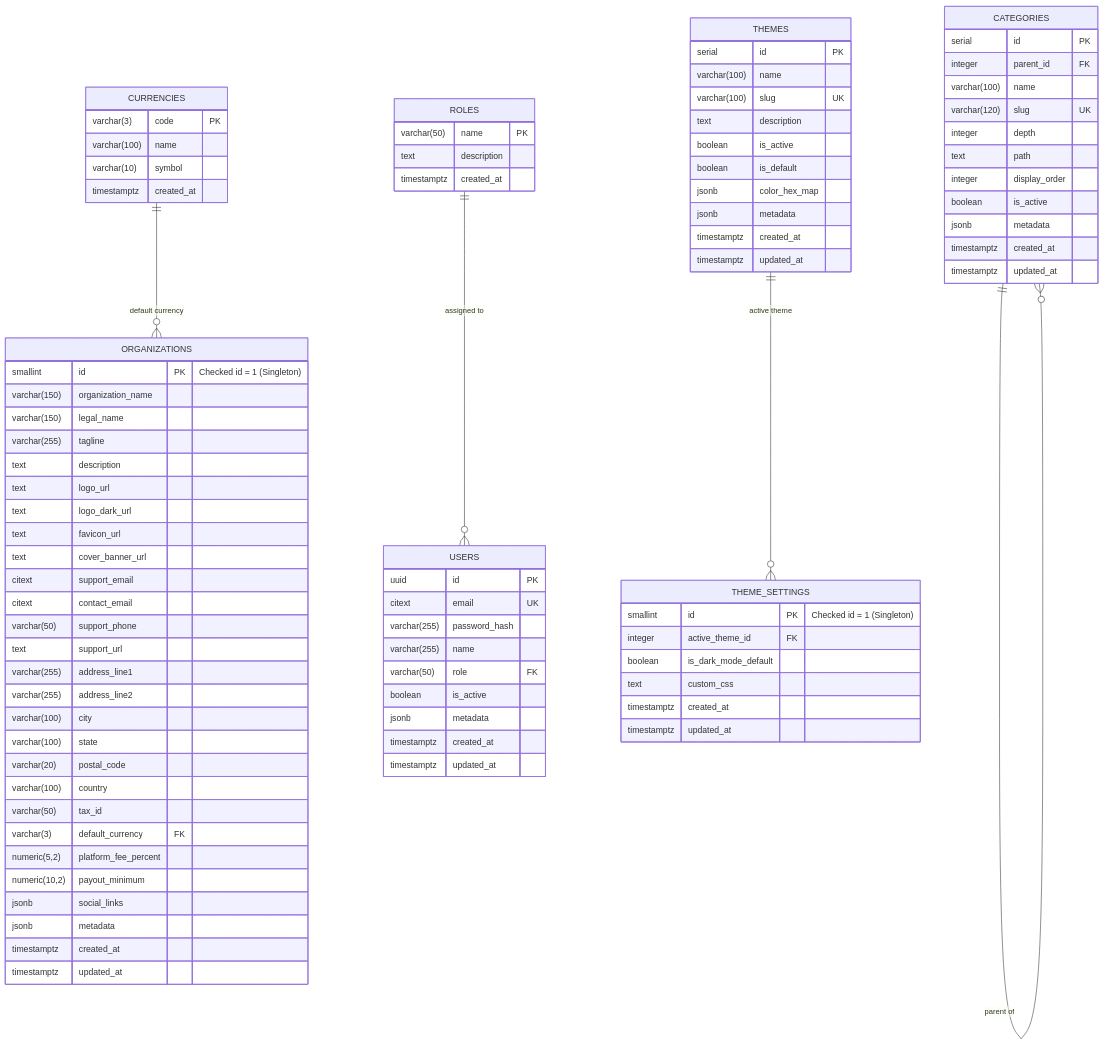
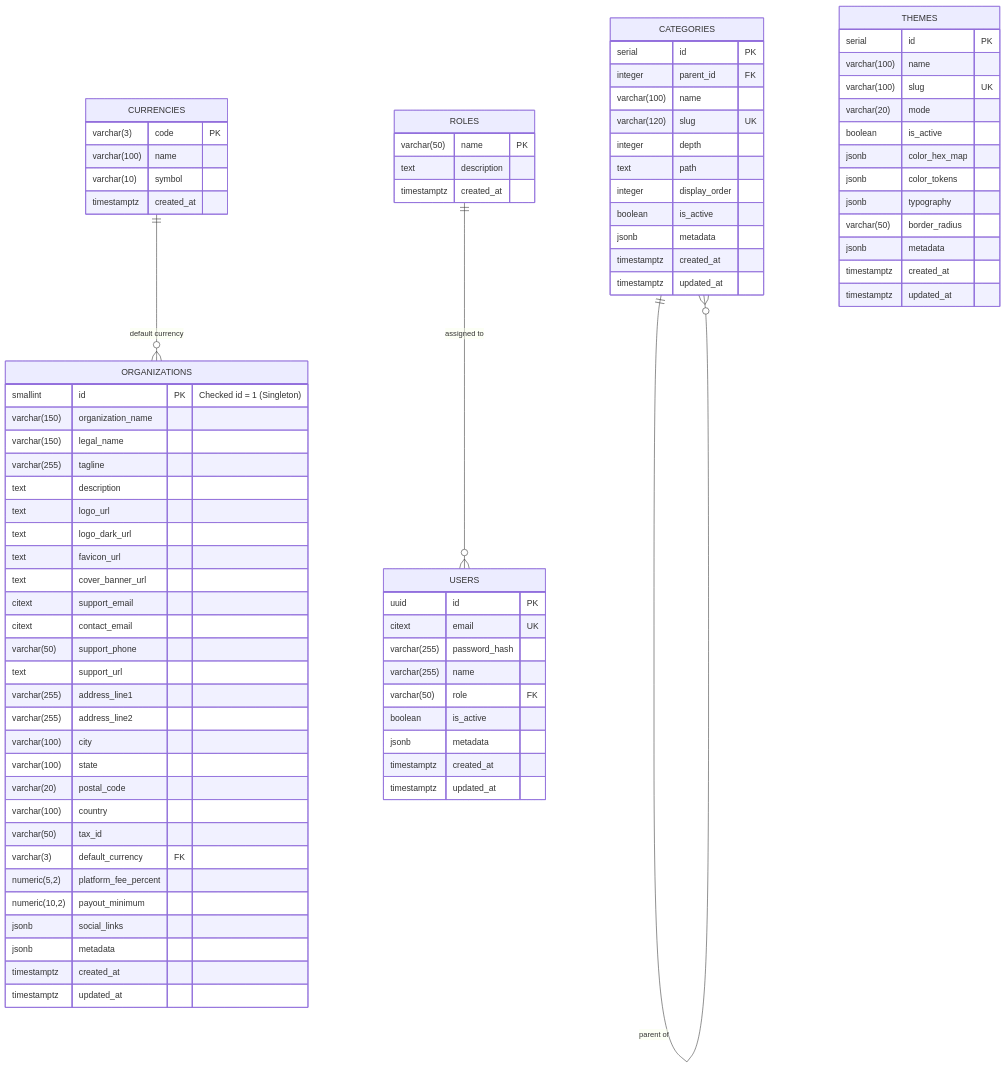
Before and after one commit to majid-superior/sell-digital-assets-api: the third of 3 diagrams in ARCHITECTURE.md, drawn with Mermaid. The commit also changed 8 other files, not shown here.

````diff
--- a/ARCHITECTURE.md
+++ b/ARCHITECTURE.md
@@ -202,20 +202,13 @@
         serial id PK
         varchar(100) name
         varchar(100) slug UK
-        text description
+        varchar(20) mode
         boolean is_active
-        boolean is_default
         jsonb color_hex_map
+        jsonb color_tokens
+        jsonb typography
+        varchar(50) border_radius
         jsonb metadata
-        timestamptz created_at
-        timestamptz updated_at
-    }
-
-    THEME_SETTINGS {
-        smallint id PK "Checked id = 1 (Singleton)"
-        integer active_theme_id FK
-        boolean is_dark_mode_default
-        text custom_css
         timestamptz created_at
         timestamptz updated_at
     }
@@ -223,5 +216,4 @@
     CURRENCIES ||--o{ ORGANIZATIONS : "default currency"
     ROLES ||--o{ USERS : "assigned to"
     CATEGORIES ||--o{ CATEGORIES : "parent of"
-    THEMES ||--o{ THEME_SETTINGS : "active theme"
 ```
````
